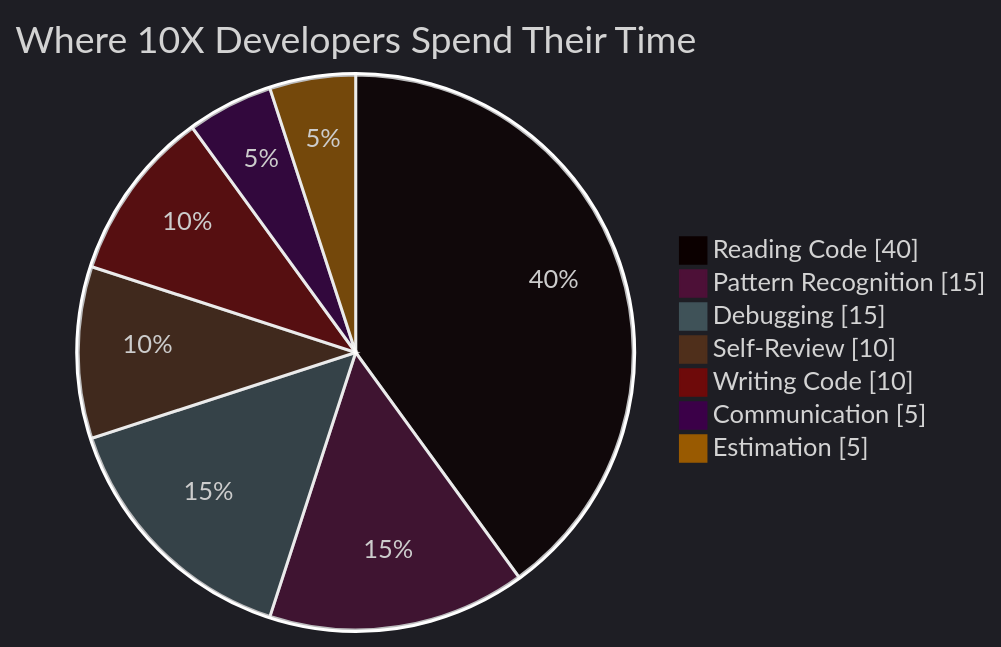
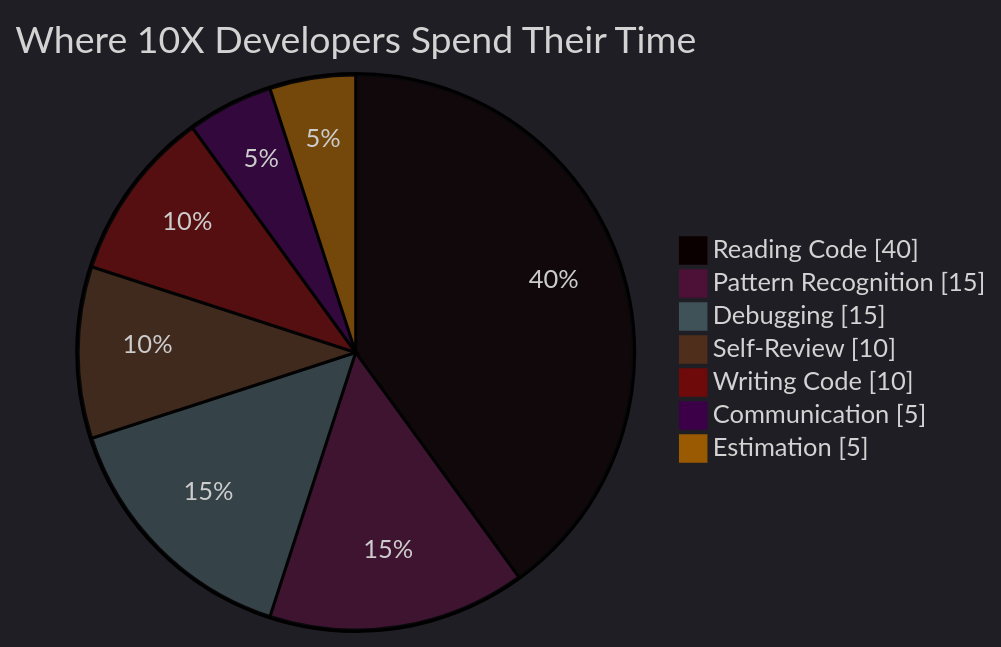
One commit to LocalAI/unicorn-team changed the sixth of 6 diagrams in README.md. Above: the diagram before and after it, drawn with Mermaid. The commit also changed other lines of this file, not shown here.

First line of the commit message:
docs(readme): Complete rewrite reflecting current architecture

````diff
--- a/README.md
+++ b/README.md
@@ -396,12 +375,12 @@
 ```mermaid
-%%{init: {'theme': 'dark', 'themeVariables': { 'primaryTextColor': '#ffffff', 'pieStrokeColor': '#ffffff', 'pieOuterStrokeColor': '#ffffff'}}}%%
+%%{init: {'theme': 'dark'}}%%
 pie showData
     title Where 10X Developers Spend Their Time
     "Reading Code" : 40
     "Pattern Recognition" : 15
     "Debugging" : 15
     "Self-Review" : 10
     "Writing Code" : 10
     "Communication" : 5
     "Estimation" : 5
 ```
````
